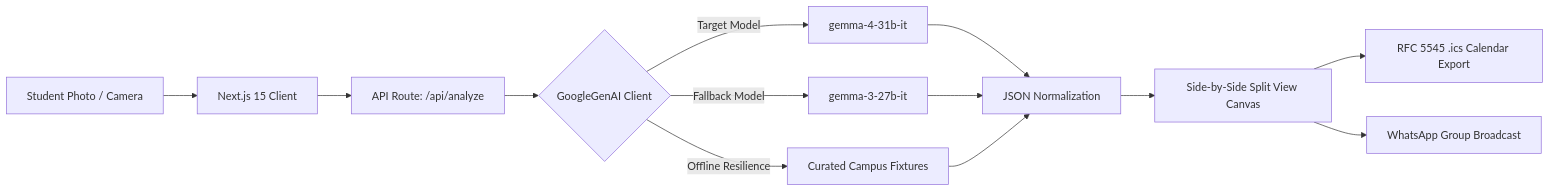
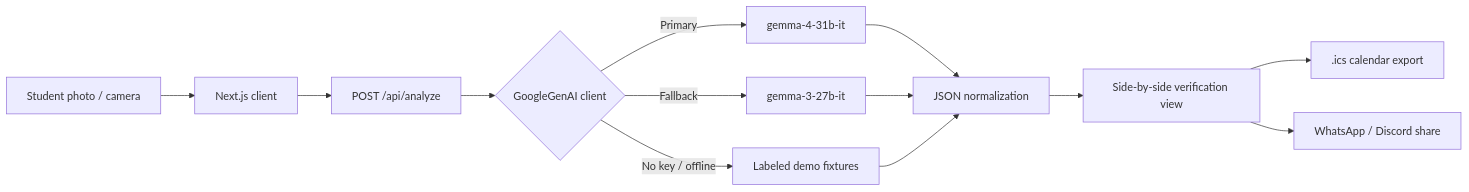
The diagram in README.md (SynthReaper/AccessLens), drawn with Mermaid before and after one commit. The commit also changed other lines of this file, not shown here.

````diff
--- a/README.md
+++ b/README.md
@@ -52,15 +58,15 @@
 ```mermaid
 graph LR
-    A[Student Photo / Camera] --> B[Next.js 15 Client]
-    B --> C[API Route: /api/analyze]
-    C --> D{GoogleGenAI Client}
-    D -->|Target Model| E[gemma-4-31b-it]
-    D -->|Fallback Model| F[gemma-3-27b-it]
-    D -->|Offline Resilience| G[Curated Campus Fixtures]
-    E --> H[JSON Normalization]
+    A[Student photo / camera] --> B[Next.js client]
+    B --> C[POST /api/analyze]
+    C --> D{GoogleGenAI client}
+    D -->|Primary| E[gemma-4-31b-it]
+    D -->|Fallback| F[gemma-3-27b-it]
+    D -->|No key / offline| G[Labeled demo fixtures]
+    E --> H[JSON normalization]
     F --> H
     G --> H
-    H --> I[Side-by-Side Split View Canvas]
-    I --> J[RFC 5545 .ics Calendar Export]
-    I --> K[WhatsApp Group Broadcast]
+    H --> I[Side-by-side verification view]
+    I --> J[.ics calendar export]
+    I --> K[WhatsApp / Discord share]
 ```
````
